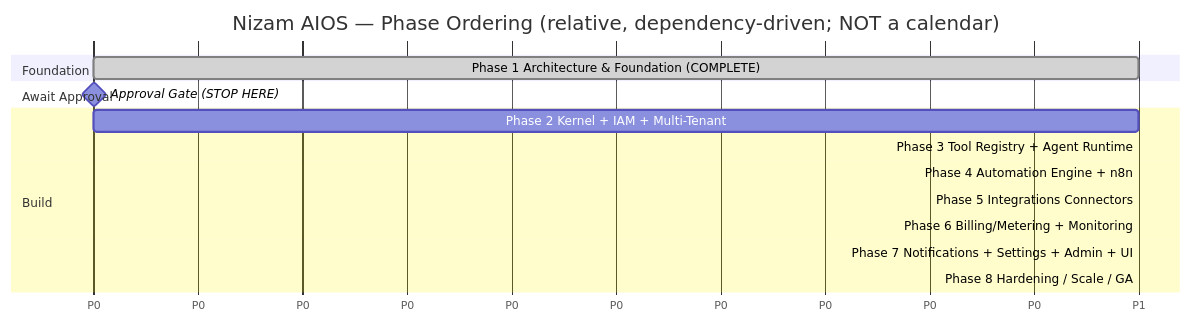
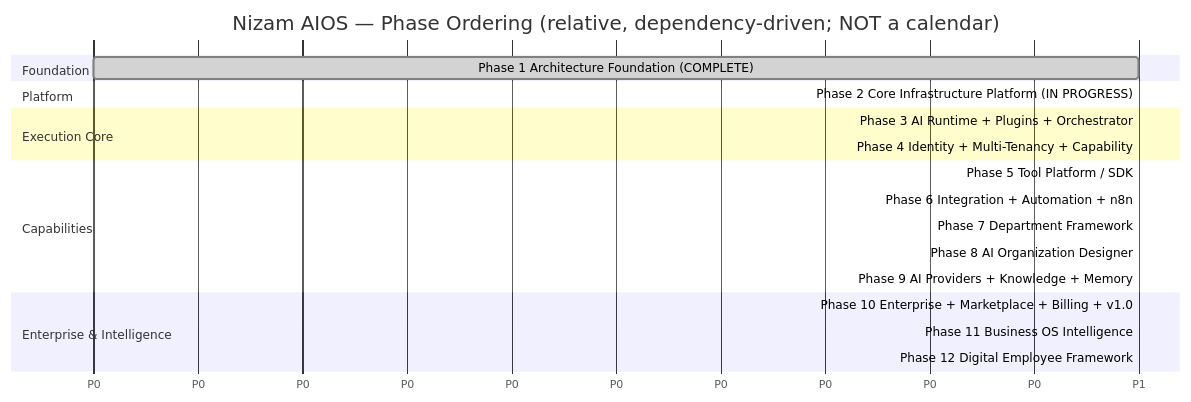
The first of 2 diagrams in docs/15-Project-Roadmap.md (ammarnabileg/crm), drawn with Mermaid before and after one commit. The commit also changed other lines of this file and 3 other files, not shown here.

First line of the commit message:
docs: sync PROJECT_STATE, roadmap (12→16 phase program), PRODUCT_PRINCIPLES, per-folder READMEs

````diff
--- a/docs/15-Project-Roadmap.md
+++ b/docs/15-Project-Roadmap.md
@@ -206,18 +236,23 @@
 ```mermaid
 gantt
     title Nizam AIOS — Phase Ordering (relative, dependency-driven; NOT a calendar)
     dateFormat  X
     axisFormat  P%s
     section Foundation
-    Phase 1 Architecture & Foundation (COMPLETE)      :done, p1, 0, 1
-    section Await Approval
-    Approval Gate (STOP HERE)                          :milestone, gate, 1, 0
-    section Build
-    Phase 2 Kernel + IAM + Multi-Tenant                :p2, after gate, 1
-    Phase 3 Tool Registry + Agent Runtime              :p3, after p2, 1
-    Phase 4 Automation Engine + n8n                    :p4, after p3, 1
-    Phase 5 Integrations Connectors                    :p5, after p4, 1
-    Phase 6 Billing/Metering + Monitoring              :p6, after p5, 1
-    Phase 7 Notifications + Settings + Admin + UI       :p7, after p6, 1
-    Phase 8 Hardening / Scale / GA                     :p8, after p7, 1
+    Phase 1 Architecture Foundation (COMPLETE)             :done, p1, 0, 1
+    section Platform
+    Phase 2 Core Infrastructure Platform (IN PROGRESS)     :active, p2, after p1, 1
+    section Execution Core
+    Phase 3 AI Runtime + Plugins + Orchestrator            :p3, after p2, 1
+    Phase 4 Identity + Multi-Tenancy + Capability          :p4, after p3, 1
+    section Capabilities
+    Phase 5 Tool Platform / SDK                            :p5, after p4, 1
+    Phase 6 Integration + Automation + n8n                 :p6, after p5, 1
+    Phase 7 Department Framework                           :p7, after p6, 1
+    Phase 8 AI Organization Designer                       :p8, after p7, 1
+    Phase 9 AI Providers + Knowledge + Memory              :p9, after p8, 1
+    section Enterprise & Intelligence
+    Phase 10 Enterprise + Marketplace + Billing + v1.0     :p10, after p9, 1
+    Phase 11 Business OS Intelligence                      :p11, after p10, 1
+    Phase 12 Digital Employee Framework                    :p12, after p11, 1
 ```
````
